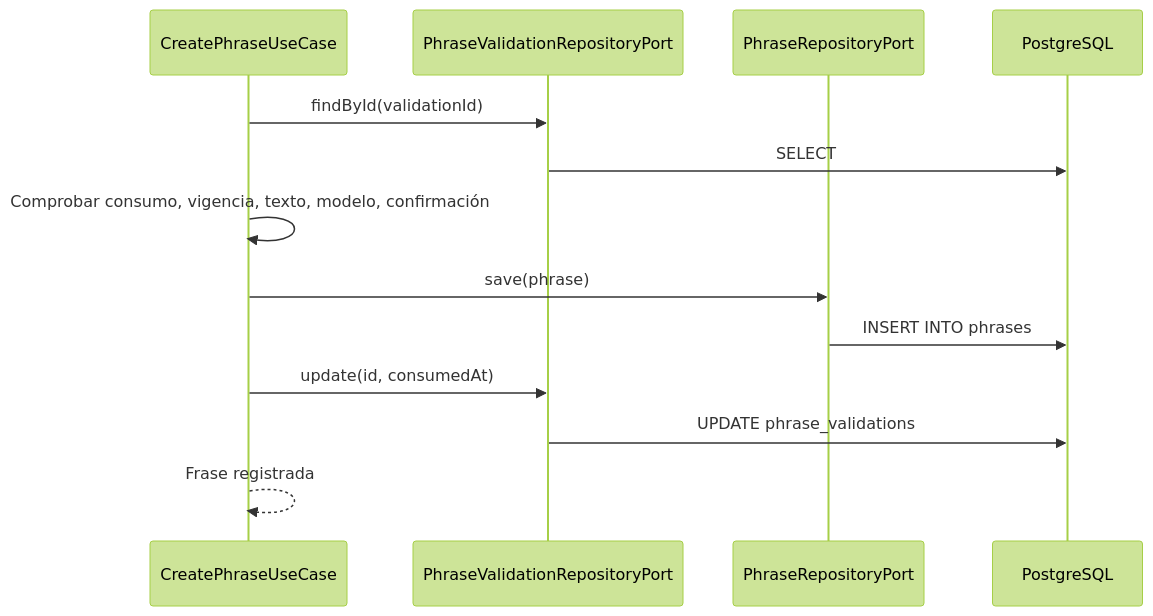
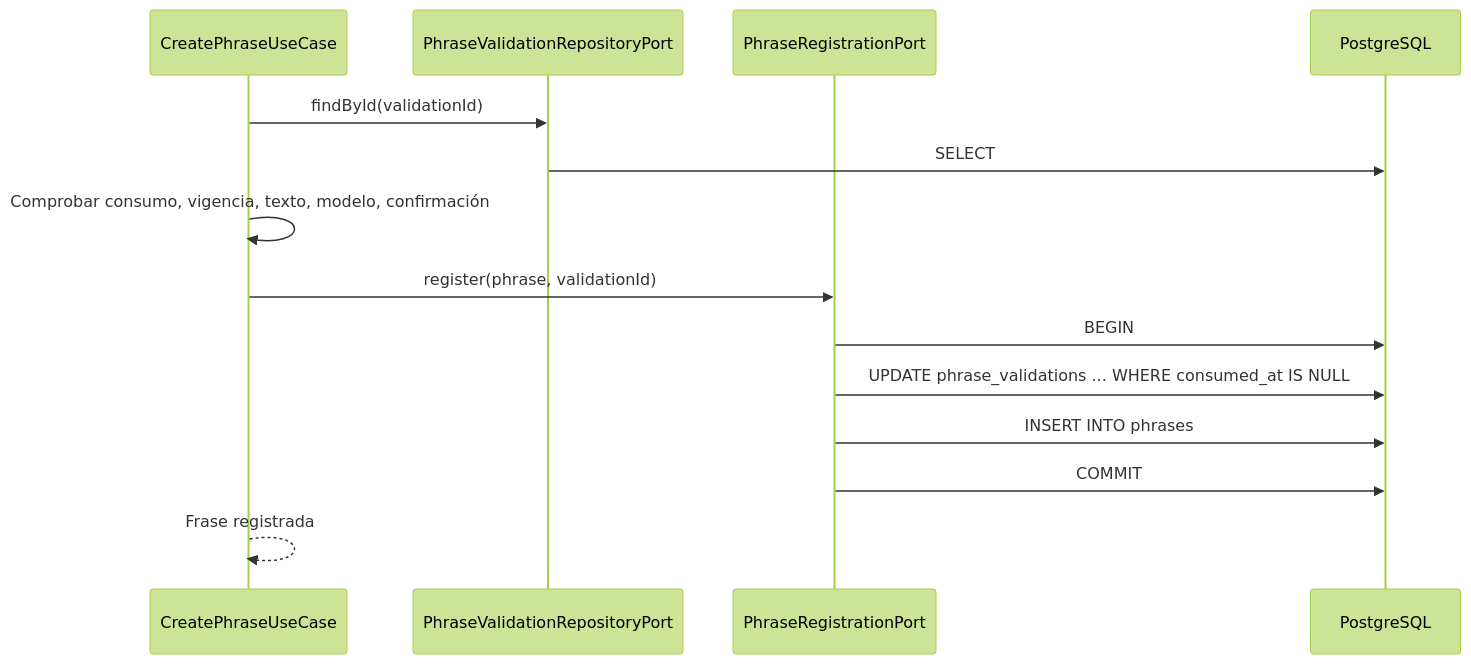
Before and after one commit to eduardoquispe/semantic-phrase-app: the third of 4 diagrams in docs/03-architecture/05-data-architecture.md, drawn with Mermaid (forest theme). The commit also changed other lines of this file and 8 other files, not shown here.

Commit message:
feat: add phrase registration transaction

````diff
--- a/docs/03-architecture/05-data-architecture.md
+++ b/docs/03-architecture/05-data-architecture.md
@@ -292,15 +292,16 @@
 ```mermaid
 sequenceDiagram
     participant UC as CreatePhraseUseCase
     participant VR as PhraseValidationRepositoryPort
-    participant PR as PhraseRepositoryPort
+    participant RG as PhraseRegistrationPort
     participant DB as PostgreSQL
     UC->>VR: findById(validationId)
     VR->>DB: SELECT
     UC->>UC: Comprobar consumo, vigencia, texto, modelo, confirmación
-    UC->>PR: save(phrase)
-    PR->>DB: INSERT INTO phrases
-    UC->>VR: update(id, consumedAt)
-    VR->>DB: UPDATE phrase_validations
+    UC->>RG: register(phrase, validationId)
+    RG->>DB: BEGIN
+    RG->>DB: UPDATE phrase_validations ... WHERE consumed_at IS NULL
+    RG->>DB: INSERT INTO phrases
+    RG->>DB: COMMIT
     UC-->>UC: Frase registrada
 ```
````
